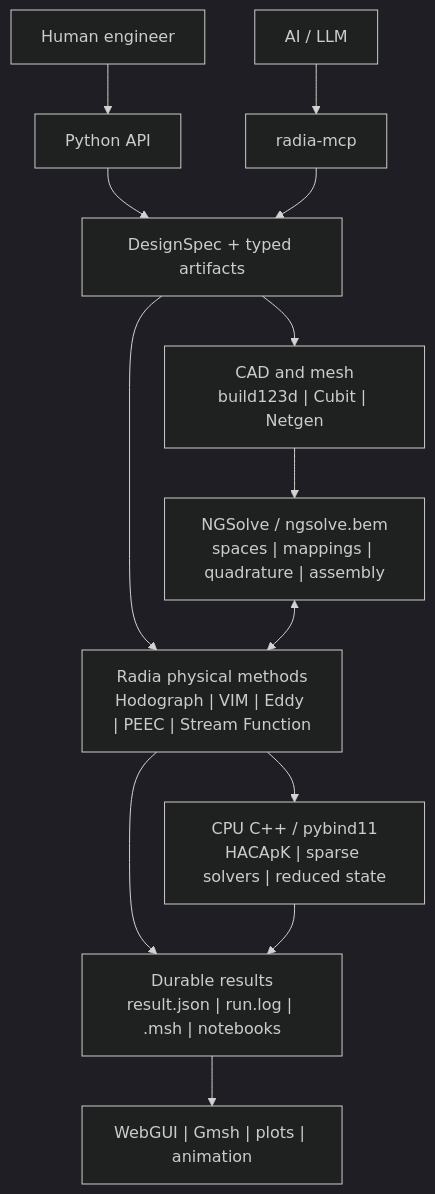
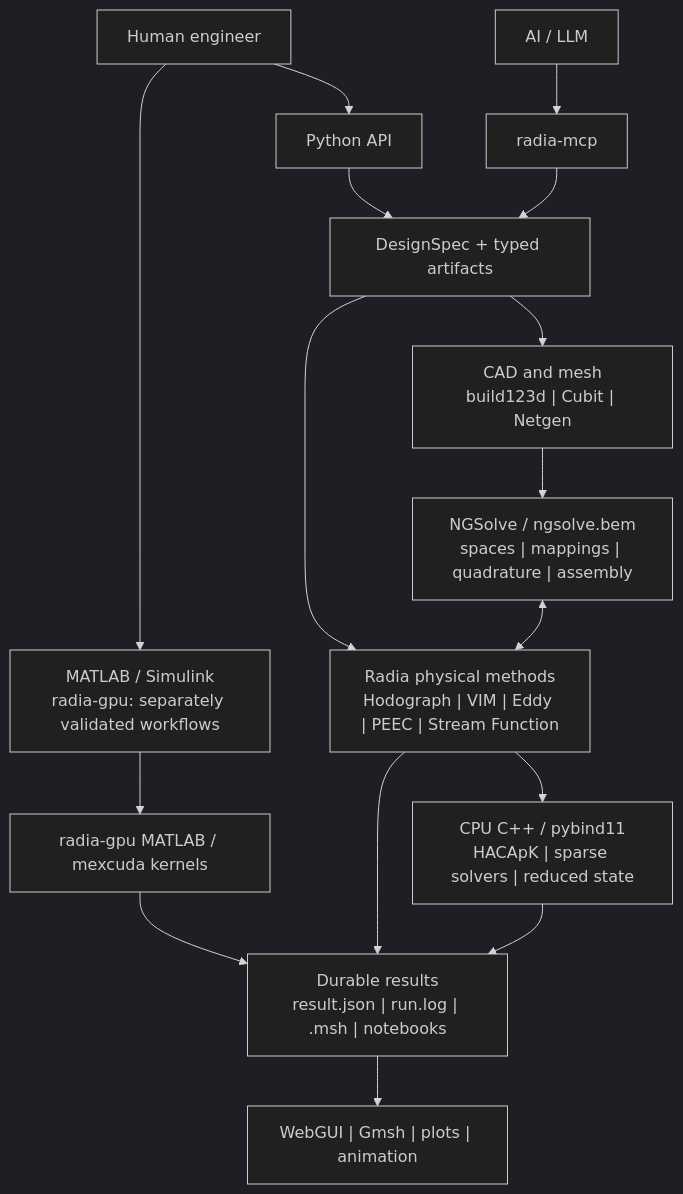
One commit to ksugahar/Radia changed the diagram in README.md. Above: the diagram before and after it, drawn with Mermaid (dark theme). The commit also changed other lines of this file, not shown here.

Commit message:
docs: retain separately scoped MATLAB and Simulink workflow

````diff
--- a/README.md
+++ b/README.md
@@ -255,17 +258,20 @@
 ```mermaid
 flowchart TB
     AI["AI / LLM"] --> MCP["radia-mcp"]
     Human["Human engineer"] --> Python
+    Human --> Simulink["MATLAB / Simulink<br/>radia-gpu: separately validated workflows"]
+    Simulink --> GPU["radia-gpu MATLAB / mexcuda kernels"]
+    GPU --> Results
     Python["Python API"] --> Contract["DesignSpec + typed artifacts"]
     MCP --> Contract
 
     Contract --> CAD["CAD and mesh<br/>build123d | Cubit | Netgen"]
     Contract --> Methods["Radia physical methods<br/>Hodograph | VIM | Eddy | PEEC | Stream Function"]
     CAD --> NGSolve["NGSolve / ngsolve.bem<br/>spaces | mappings | quadrature | assembly"]
     NGSolve <--> Methods
 
     Methods --> Native["CPU C++ / pybind11<br/>HACApK | sparse solvers | reduced state"]
     Methods --> Results["Durable results<br/>result.json | run.log | .msh | notebooks"]
     Native --> Results
     Results --> Viz["WebGUI | Gmsh | plots | animation"]
 ```
````
